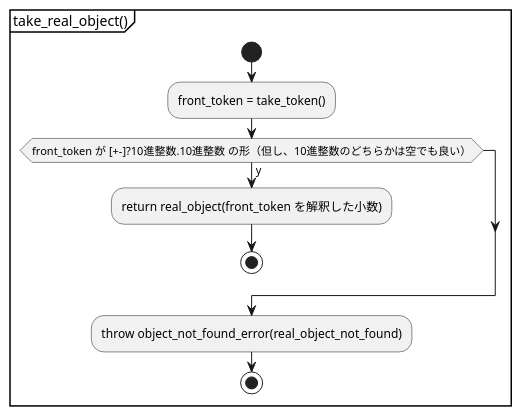
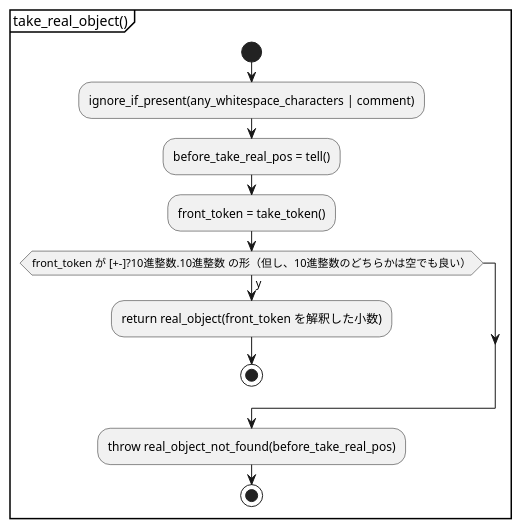
One commit to KodaiYM/PDFReader changed the fourth of 15 diagrams in document/document_reader/ipdfstream/object_stream/object_stream.activity.pu. Above: the diagram before and after it, drawn with PlantUML. The commit also changed other lines of this file and 23 other files, not shown here.

```diff
--- a/document/document_reader/ipdfstream/object_stream/object_stream.activity.pu
+++ b/document/document_reader/ipdfstream/object_stream/object_stream.activity.pu
@@ -116,14 +122,16 @@
 @startuml take_real_object
 partition "take_real_object()" {
 start
+	:ignore_if_present(any_whitespace_characters | comment);
+	:before_take_real_pos = tell();
 	:front_token = take_token();
 
 	if (front_token が [+-]?10進整数.10進整数 の形（但し、10進整数のどちらかは空でも良い）) then (y)
 		:return real_object(front_token を解釈した小数);
 		stop
 	endif
 
-	:throw object_not_found_error(real_object_not_found);
+	:throw real_object_not_found(before_take_real_pos);
 stop
 }
 @enduml
```
